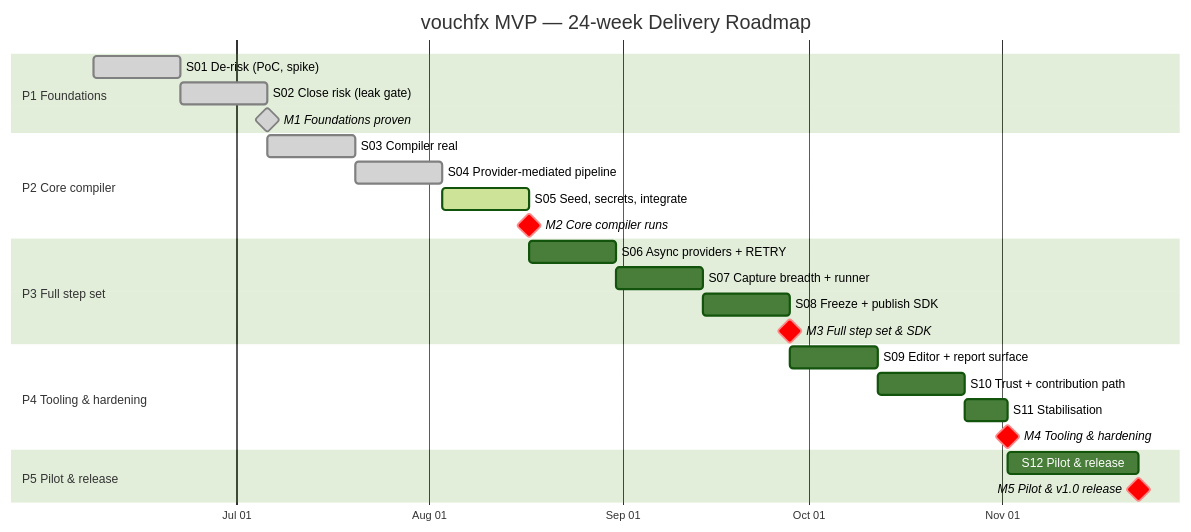
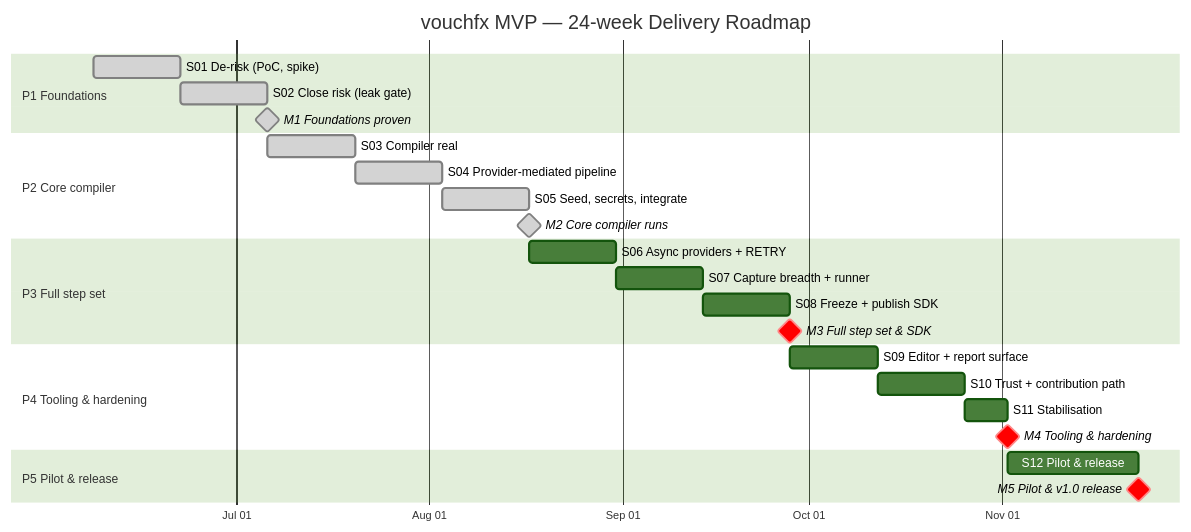
The diagram in plan/roadmap.md (tomas-rampas/vouchfx), drawn with Mermaid (forest theme) before and after one commit. The commit also changed other lines of this file and 1 other file, not shown here.

First line of the commit message:
docs(plan): S05-D-02 — Sprint 5 delivered, Milestone M2 reached

````diff
--- a/plan/roadmap.md
+++ b/plan/roadmap.md
@@ -19,34 +20,34 @@
 ```mermaid
 gantt
     title vouchfx MVP — 24-week Delivery Roadmap
     dateFormat YYYY-MM-DD
     axisFormat %b %d
     todayMarker off
 
     section P1 Foundations
     S01 De-risk (PoC, spike)        :done, s01, 2026-06-08, 14d
     S02 Close risk (leak gate)      :done, s02, after s01, 14d
     M1 Foundations proven           :milestone, done, m1, after s02, 0d
 
     section P2 Core compiler
     S03 Compiler real               :done, s03, after s02, 14d
     S04 Provider-mediated pipeline  :done, s04, after s03, 14d
-    S05 Seed, secrets, integrate    :active, s05, after s04, 14d
-    M2 Core compiler runs           :milestone, crit, m2, after s05, 0d
+    S05 Seed, secrets, integrate    :done, s05, after s04, 14d
+    M2 Core compiler runs           :milestone, done, m2, after s05, 0d
 
     section P3 Full step set
     S06 Async providers + RETRY     :s06, after s05, 14d
     S07 Capture breadth + runner    :s07, after s06, 14d
     S08 Freeze + publish SDK        :s08, after s07, 14d
     M3 Full step set & SDK          :milestone, crit, m3, after s08, 0d
 
     section P4 Tooling & hardening
     S09 Editor + report surface     :s09, after s08, 14d
     S10 Trust + contribution path   :s10, after s09, 14d
     S11 Stabilisation               :s11, after s10, 7d
     M4 Tooling & hardening          :milestone, crit, m4, after s11, 0d
 
     section P5 Pilot & release
     S12 Pilot & release             :s12, after s11, 21d
     M5 Pilot & v1.0 release         :milestone, crit, m5, after s12, 0d
 ```
````
